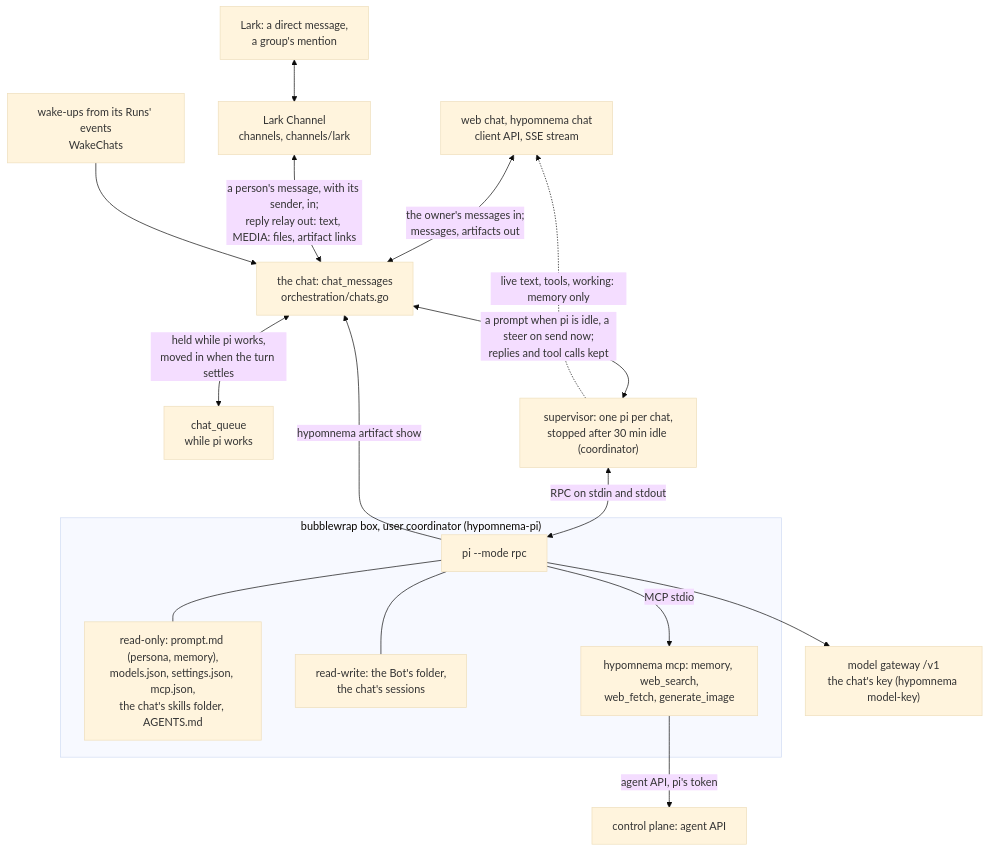
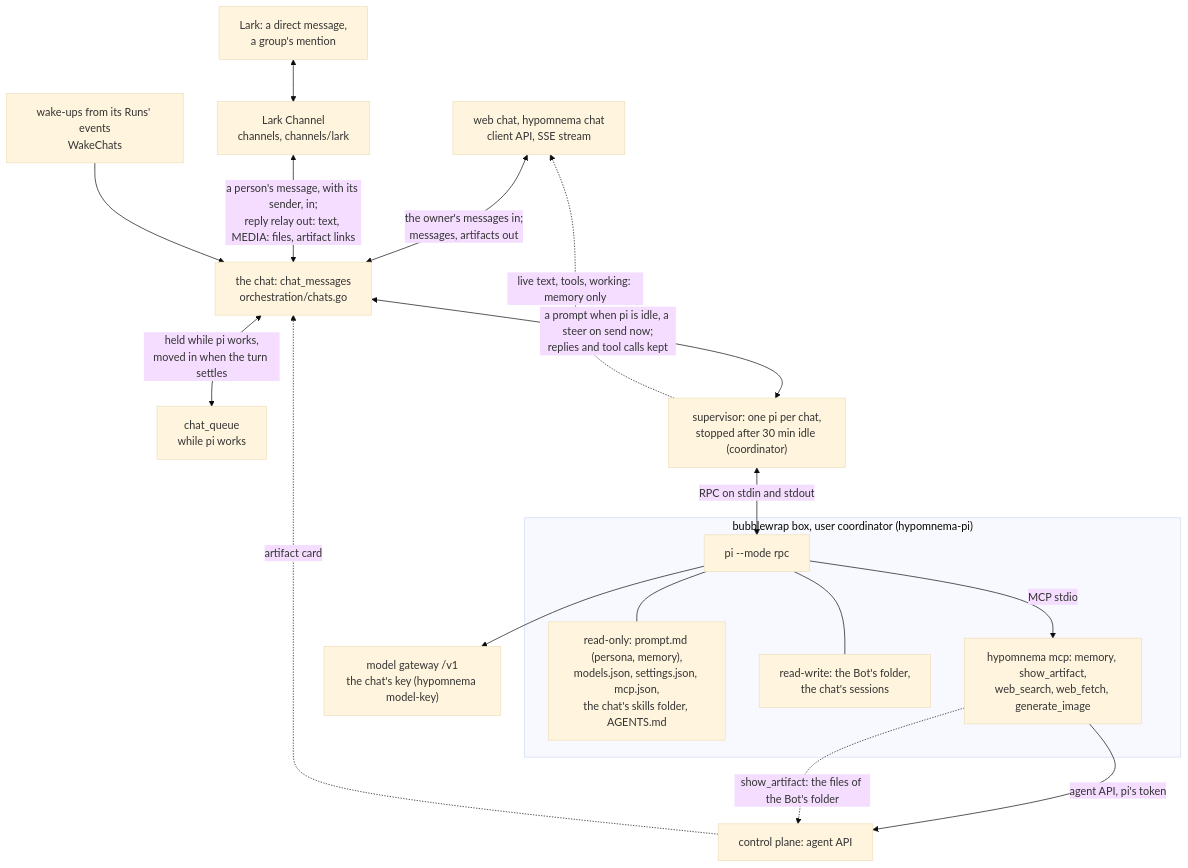
The second of 6 diagrams in ARCHITECTURE.md (kl3inIT/hypomnema), drawn with Mermaid (base theme) before and after one commit. The commit also changed other lines of this file and 38 other files, not shown here.

First line of the commit message:
feat(artifacts): show_artifact for Bots and workers (#536)

````diff
--- a/ARCHITECTURE.md
+++ b/ARCHITECTURE.md
@@ -78,32 +78,33 @@
 ```mermaid
 flowchart TB
     WEB["web chat, hypomnema chat<br/>client API, SSE stream"]
     LK["Lark: a direct message,<br/>a group's mention"]
     CH["Lark Channel<br/>channels, channels/lark"]
     CHAT["the chat: chat_messages<br/>orchestration/chats.go"]
     Q["chat_queue<br/>while pi works"]
     WK["wake-ups from its Runs' events<br/>WakeChats"]
     SUP["supervisor: one pi per chat,<br/>stopped after 30 min idle (coordinator)"]
     subgraph BOX["bubblewrap box, user coordinator (hypomnema-pi)"]
         PI["pi --mode rpc"]
         RO["read-only: prompt.md (persona, memory),<br/>models.json, settings.json, mcp.json,<br/>the chat's skills folder, AGENTS.md"]
         RW["read-write: the Bot's folder,<br/>the chat's sessions"]
-        MCP["hypomnema mcp: memory, web_search,<br/>web_fetch, generate_image"]
+        MCP["hypomnema mcp: memory, show_artifact,<br/>web_search, web_fetch, generate_image"]
     end
     GW["model gateway /v1<br/>the chat's key (hypomnema model-key)"]
 
     WEB <-- "the owner's messages in;<br/>messages, artifacts out" --> CHAT
     LK <--> CH
     CH <-- "a person's message, with its sender, in;<br/>reply relay out: text, MEDIA: files, artifact links" --> CHAT
     CHAT <-- "held while pi works,<br/>moved in when the turn settles" --> Q
     WK --> CHAT
     CHAT <-- "a prompt when pi is idle, a steer on send now;<br/>replies and tool calls kept" --> SUP
     SUP <-- "RPC on stdin and stdout" --> PI
     SUP -. "live text, tools, working: memory only" .-> WEB
     PI --- RO
     PI --- RW
     PI -- "MCP stdio" --> MCP
     MCP -- "agent API, pi's token" --> CP["control plane: agent API"]
     PI --> GW
-    PI -- "hypomnema artifact show" --> CHAT
+    MCP -. "show_artifact: the files of the Bot's folder" .-> CP
+    CP -. "artifact card" .-> CHAT
 ```
````
